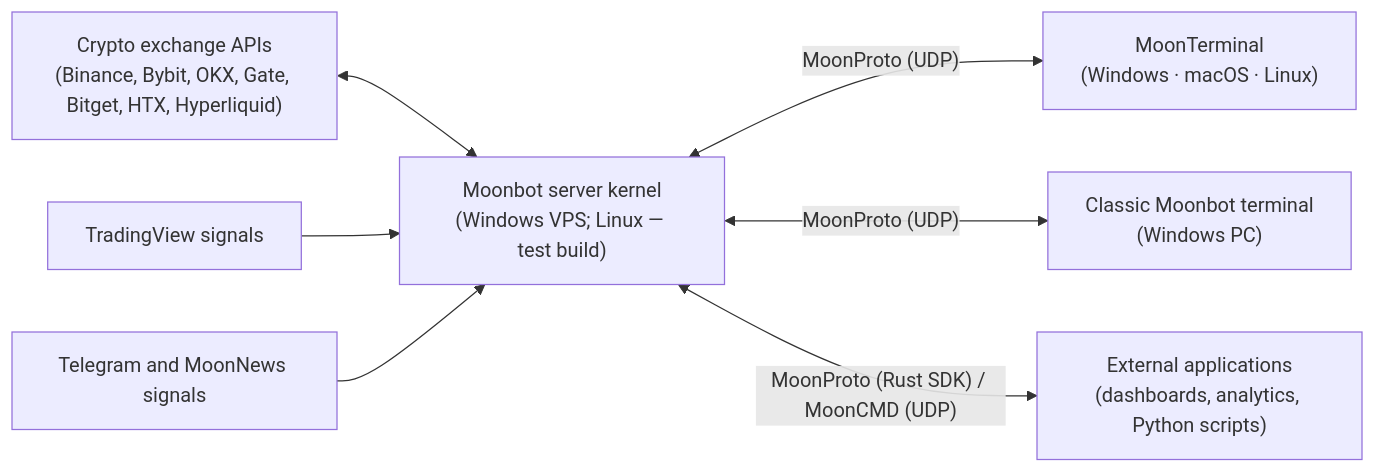
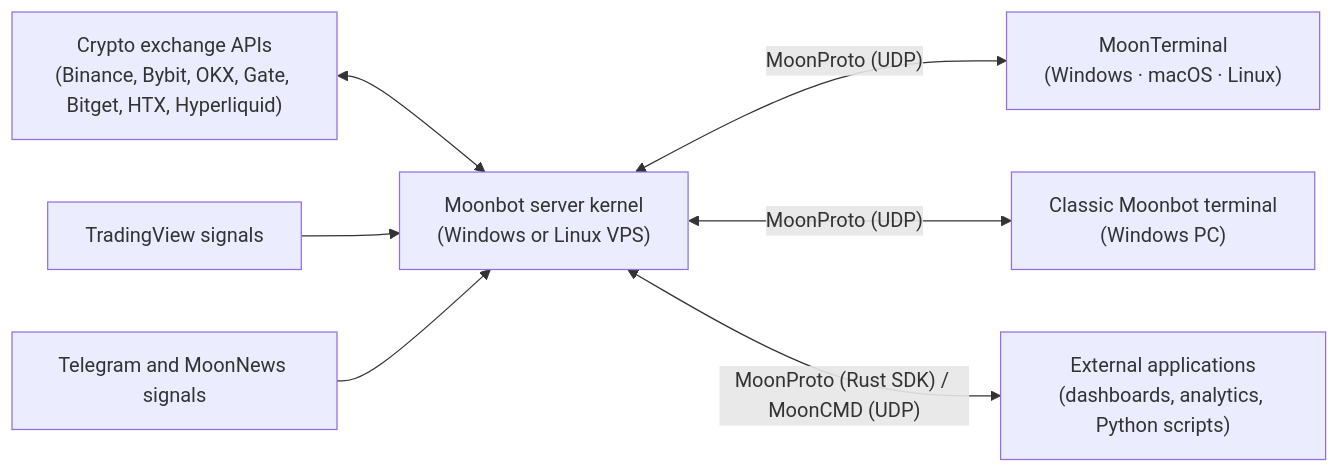
One commit to Moonbot-Tech/MoonDoc changed the diagram in README.md. Above: the diagram before and after it, drawn with Mermaid. The commit also changed other lines of this file and 4 other files, not shown here.

First line of the commit message:
Document native Linux kernel installation for 7.73

````diff
--- a/README.md
+++ b/README.md
@@ -202,9 +204,9 @@
 ```mermaid
 flowchart LR
-  EX["Crypto exchange APIs<br/>(Binance, Bybit, OKX, Gate, Bitget, HTX, Hyperliquid)"] <--> K["Moonbot server kernel<br/>(Windows VPS; Linux — test build)"]
+  EX["Crypto exchange APIs<br/>(Binance, Bybit, OKX, Gate, Bitget, HTX, Hyperliquid)"] <--> K["Moonbot server kernel<br/>(Windows or Linux VPS)"]
   TV["TradingView signals"] --> K
   TG["Telegram and MoonNews signals"] --> K
   K <-->|"MoonProto (UDP)"| MT["MoonTerminal<br/>(Windows · macOS · Linux)"]
   K <-->|"MoonProto (UDP)"| CL["Classic Moonbot terminal<br/>(Windows PC)"]
   K <-->|"MoonProto (Rust SDK) / MoonCMD (UDP)"| APP["External applications<br/>(dashboards, analytics, Python scripts)"]
 ```
````
